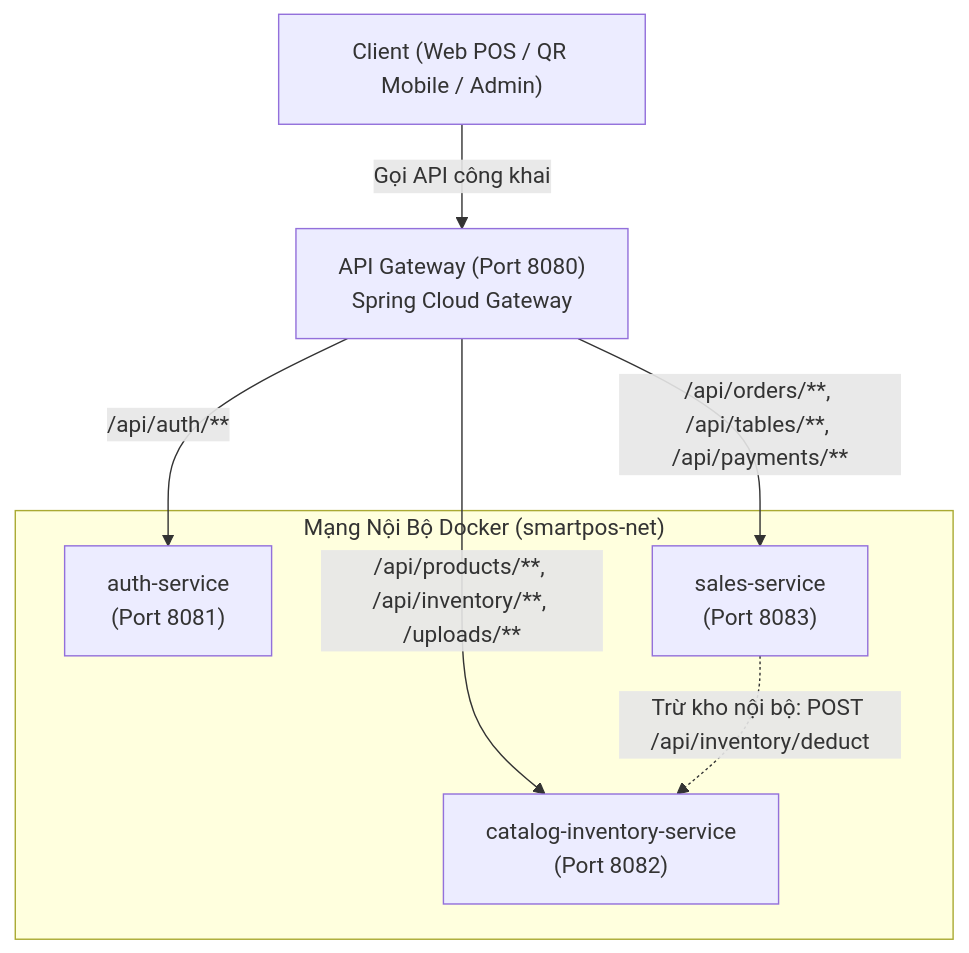
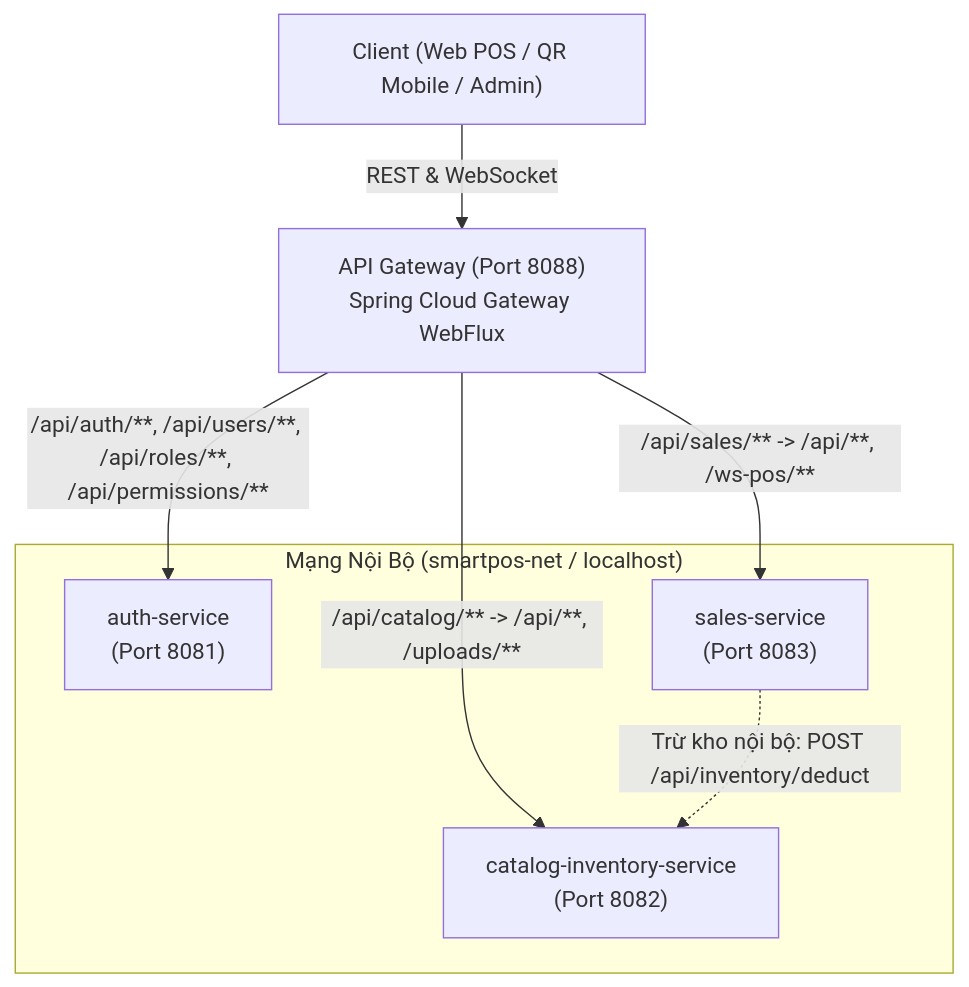
One commit to poromvp/Smart-POS changed the diagram in docs/architecture/SALES_CATALOG_INTEGRATION_SPEC.md. Above: the diagram before and after it, drawn with Mermaid. The commit also changed other lines of this file and 81 other files, not shown here.

````diff
--- a/docs/architecture/SALES_CATALOG_INTEGRATION_SPEC.md
+++ b/docs/architecture/SALES_CATALOG_INTEGRATION_SPEC.md
@@ -19,18 +19,18 @@
 ```mermaid
 flowchart TD
     Client["Client (Web POS / QR Mobile / Admin)"]
-    GW["API Gateway (Port 8080)<br>Spring Cloud Gateway"]
+    GW["API Gateway (Port 8088)<br>Spring Cloud Gateway WebFlux"]
     
-    subgraph Services["Mạng Nội Bộ Docker (smartpos-net)"]
+    subgraph Services["Mạng Nội Bộ (smartpos-net / localhost)"]
         Auth["auth-service<br>(Port 8081)"]
         Catalog["catalog-inventory-service<br>(Port 8082)"]
         Sales["sales-service<br>(Port 8083)"]
     end
     
-    Client -->|Gọi API công khai| GW
-    GW -->|/api/auth/**| Auth
-    GW -->|/api/products/**, /api/inventory/**, /uploads/**| Catalog
-    GW -->|/api/orders/**, /api/tables/**, /api/payments/**| Sales
+    Client -->|REST & WebSocket| GW
+    GW -->|"/api/auth/**, /api/users/**, /api/roles/**, /api/permissions/**"| Auth
+    GW -->|"/api/catalog/** -> /api/**, /uploads/**"| Catalog
+    GW -->|"/api/sales/** -> /api/**, /ws-pos/**"| Sales
     
     Sales -.->|Trừ kho nội bộ: POST /api/inventory/deduct| Catalog
 ```
````
